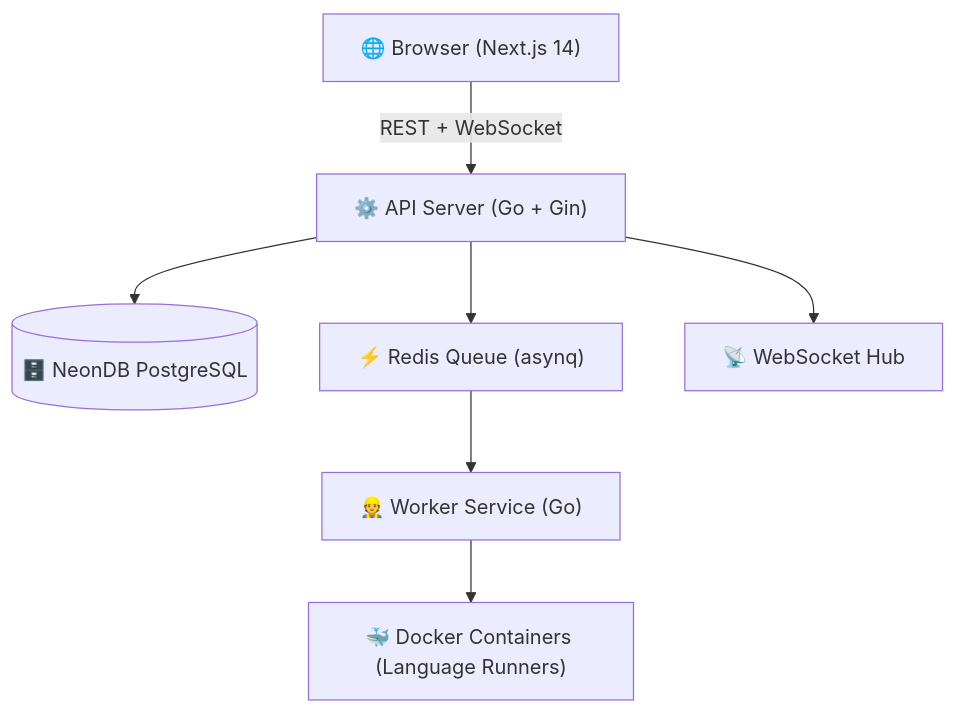
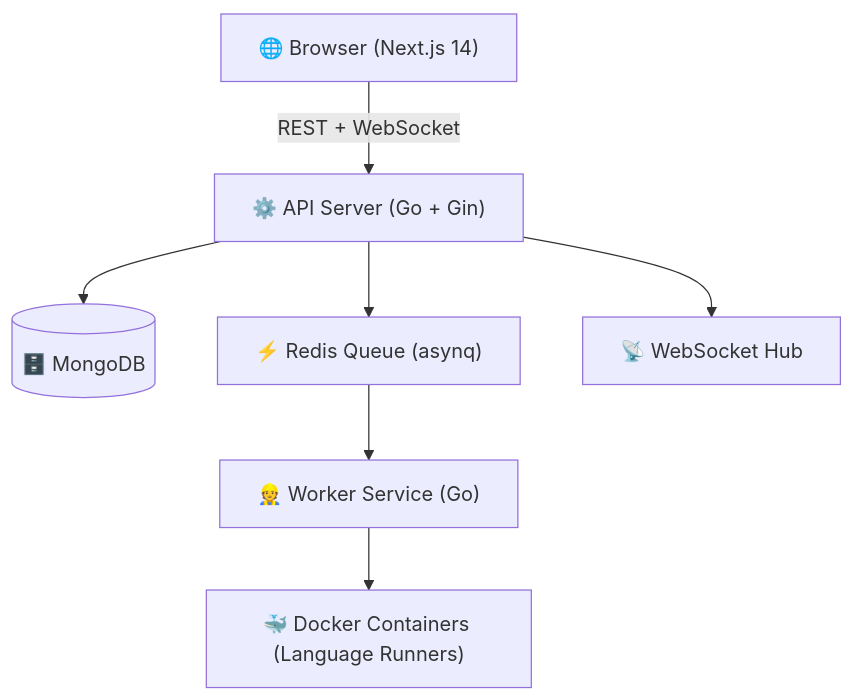
Before and after one commit to KENZY004/kenzyx: the diagram in README.md, drawn with Mermaid. The commit also changed other lines of this file, not shown here.

Commit message:
docs: correct database stack from PostgreSQL to MongoDB in README

````diff
--- a/README.md
+++ b/README.md
@@ -33,9 +33,9 @@
 ```mermaid
 graph TD;
     Browser["🌐 Browser (Next.js 14)"] -->|REST + WebSocket| API["⚙️ API Server (Go + Gin)"];
-    API --> DB[("🗄️ NeonDB PostgreSQL")];
+    API --> DB[("🗄️ MongoDB")];
     API --> Redis["⚡ Redis Queue (asynq)"];
     API --> WSHub["📡 WebSocket Hub"];
     Redis --> Worker["👷 Worker Service (Go)"];
     Worker --> Docker["🐳 Docker Containers (Language Runners)"];
 ```
````
